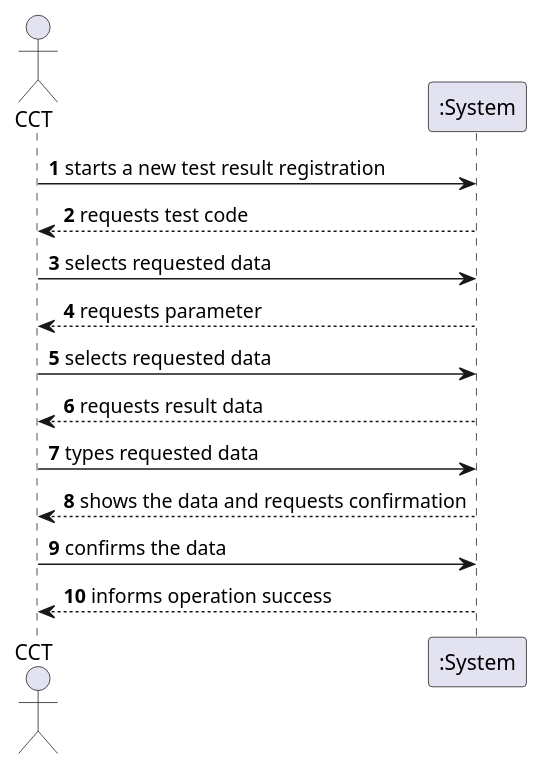
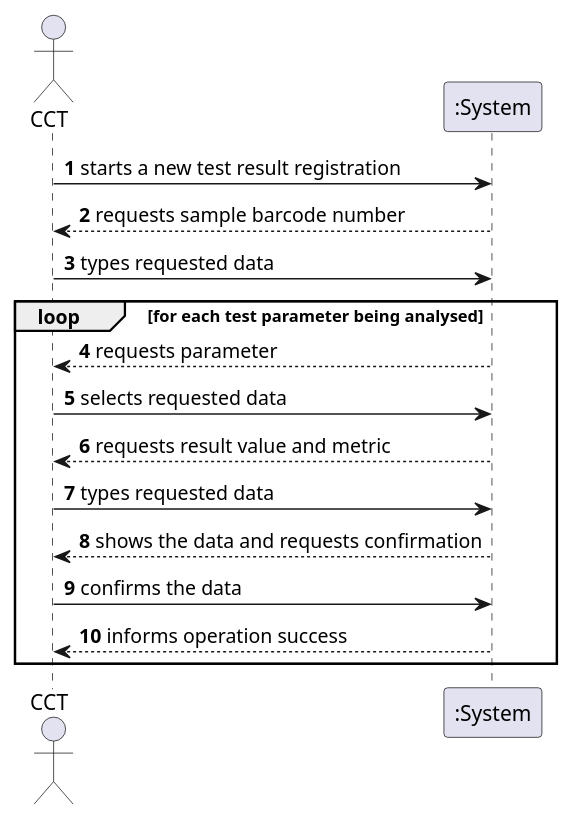
The diagram in docs/SprintC/US12/US12_SSD.puml (MadDinosaur/ISEP-LAPR2), drawn with PlantUML before and after one commit. The commit also changed 5 other files, not shown here.

Commit message:
Added Class Diagram and Sequence Diagram.

```diff
--- a/docs/SprintC/US12/US12_SSD.puml
+++ b/docs/SprintC/US12/US12_SSD.puml
@@ -1,15 +1,17 @@
 @startuml
 actor CCT as cct
 participant ":System" as sys
 
 cct -> sys : **1** starts a new test result registration
-sys --> cct : **2** requests test code
-cct -> sys : **3** selects requested data
+sys --> cct : **2** requests sample barcode number
+cct -> sys : **3** types requested data
+loop for each test parameter being analysed
 sys --> cct : **4** requests parameter
 cct -> sys : **5** selects requested data
-sys --> cct : **6** requests result data
+sys --> cct : **6** requests result value and metric
 cct -> sys : **7** types requested data
 sys --> cct : **8** shows the data and requests confirmation
 cct -> sys : **9** confirms the data
 sys --> cct : **10** informs operation success
+end loop
 @enduml
```
